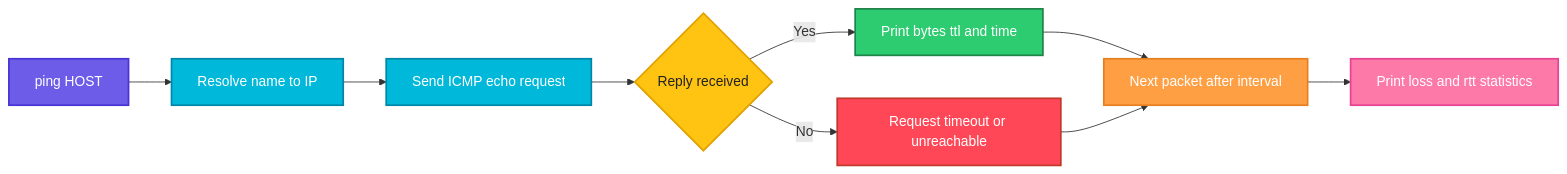
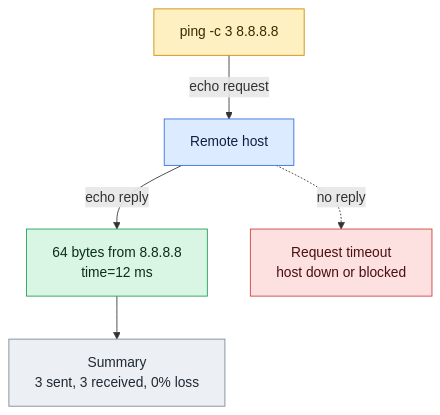
One commit to codeKerdosTech/DevOps-Documentation changed the diagram in linux/networking/ping.md. Above: the diagram before and after it, drawn with Mermaid. The commit also changed other lines of this file and 165 other files, not shown here.

Commit message:
updated diagrams in linux

````diff
--- a/linux/networking/ping.md
+++ b/linux/networking/ping.md
@@ -14,25 +14,17 @@
 ```mermaid
-flowchart LR
-    A[ping HOST] --> B[Resolve name to IP]
-    B --> C[Send ICMP echo request]
-    C --> D{Reply received}
-    D -->|Yes| E[Print bytes ttl and time]
-    D -->|No| F[Request timeout or unreachable]
-    E --> G[Next packet after interval]
-    F --> G
-    G --> H[Print loss and rtt statistics]
-    classDef start fill:#6C5CE7,stroke:#4834D4,stroke-width:2px,color:#fff
-    classDef proc fill:#00B8D9,stroke:#0087A8,stroke-width:2px,color:#fff
-    classDef dec fill:#FFC312,stroke:#E1A100,stroke-width:2px,color:#222
-    classDef ok fill:#2ECC71,stroke:#1E8449,stroke-width:2px,color:#fff
-    classDef err fill:#FF4757,stroke:#C0392B,stroke-width:2px,color:#fff
-    classDef out fill:#FD79A8,stroke:#E84393,stroke-width:2px,color:#fff
-    classDef alt fill:#FF9F43,stroke:#E67E22,stroke-width:2px,color:#fff
-    class A start
-    class B,C proc
-    class D dec
-    class E ok
-    class F err
-    class G alt
-    class H out
+flowchart TD
+    c1[ping -c 3 8.8.8.8] -->|echo request| i1[Remote host]
+    i1 -->|echo reply| o1[64 bytes from 8.8.8.8<br/>time=12 ms]
+    i1 -.->|no reply| x1[Request timeout<br/>host down or blocked]
+    o1 --> n1[Summary<br/>3 sent, 3 received, 0% loss]
+    classDef inp fill:#DCEBFF,stroke:#2F6FDE,color:#10213F
+    classDef cmd fill:#FFF0C2,stroke:#C98A00,color:#3A2A00
+    classDef out fill:#D9F5E3,stroke:#1F9D55,color:#0B2E1A
+    classDef bad fill:#FDE0E0,stroke:#D13B3B,color:#4A0F0F
+    classDef note fill:#ECEFF3,stroke:#7B8794,color:#1F2933
+    class c1 cmd
+    class i1 inp
+    class o1 out
+    class x1 bad
+    class n1 note
 ```
````
